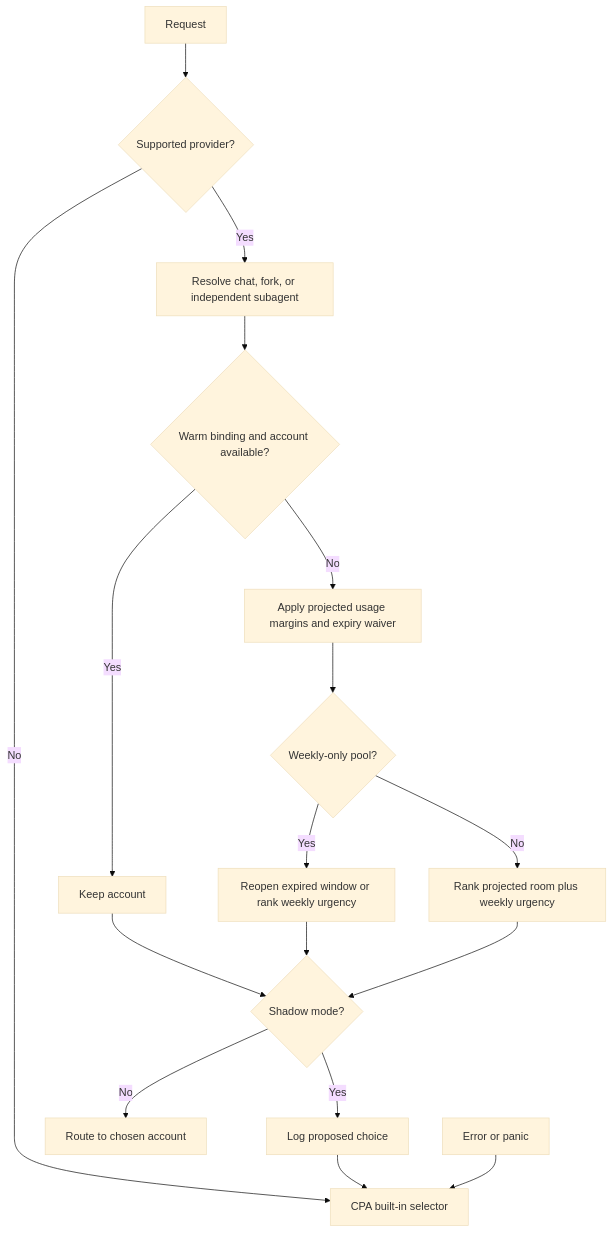
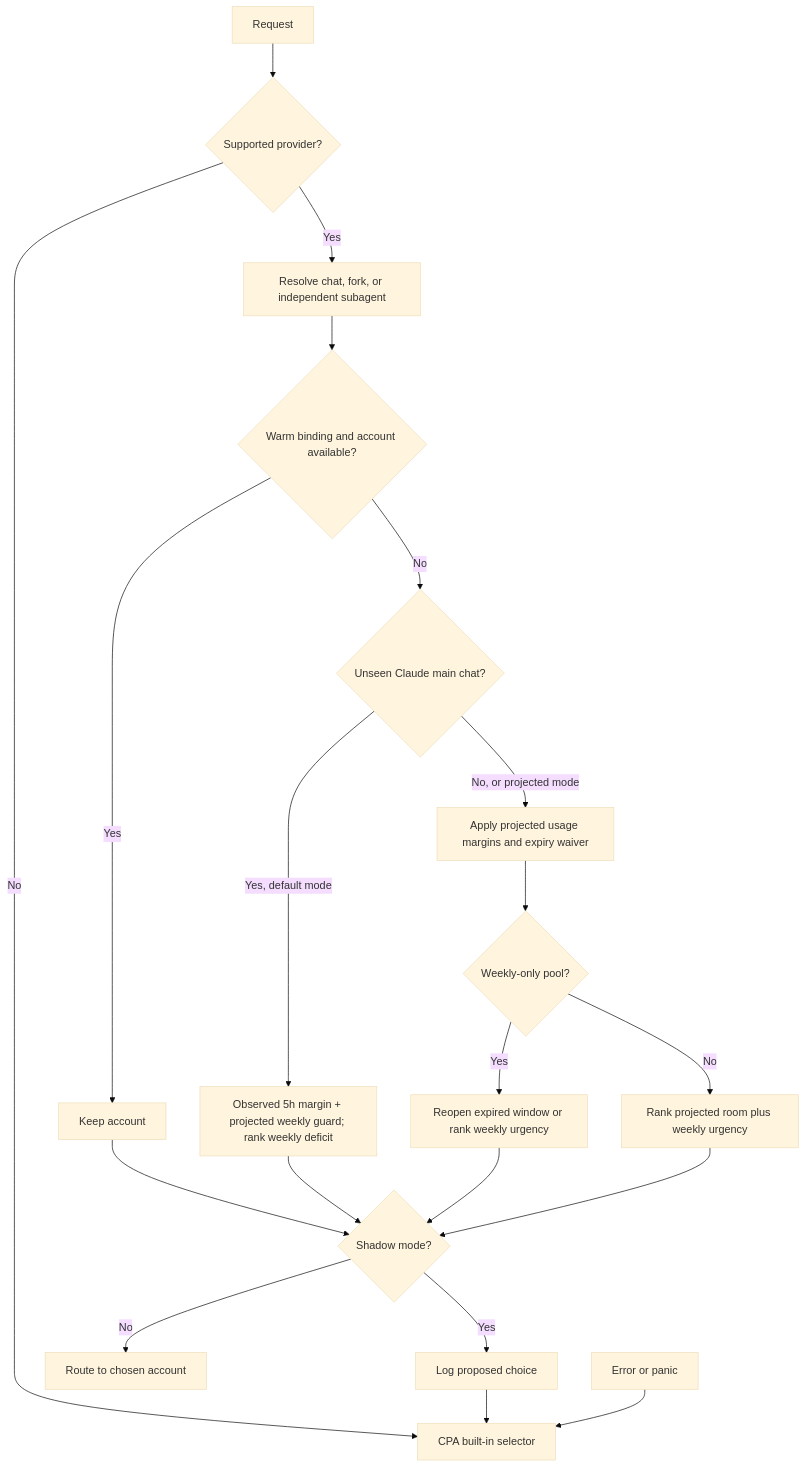
Before and after one commit to Pandoks/cpa-plugin-paced-affinity: the diagram in README.md, drawn with Mermaid (base theme). The commit also changed other lines of this file and 9 other files, not shown here.

````diff
--- a/README.md
+++ b/README.md
@@ -50,19 +54,22 @@
 ```mermaid
 flowchart TD
   request[Request] --> supported{Supported provider?}
   supported -->|No| fallback[CPA built-in selector]
   supported -->|Yes| identity[Resolve chat, fork, or independent subagent]
   identity --> warm{Warm binding and account available?}
   warm -->|Yes| keep[Keep account]
-  warm -->|No| eligible[Apply projected usage margins and expiry waiver]
+  warm -->|No| fresh{Unseen Claude main chat?}
+  fresh -->|Yes, default mode| observed[Observed 5h margin + projected weekly guard; rank weekly deficit]
+  fresh -->|No, or projected mode| eligible[Apply projected usage margins and expiry waiver]
   eligible --> pool{Weekly-only pool?}
   pool -->|Yes| weekly[Reopen expired window or rank weekly urgency]
   pool -->|No| room[Rank projected room plus weekly urgency]
   keep --> mode{Shadow mode?}
+  observed --> mode
   weekly --> mode
   room --> mode
   mode -->|Yes| log[Log proposed choice]
   log --> fallback
   mode -->|No| route[Route to chosen account]
   failure[Error or panic] --> fallback
 ```
````
